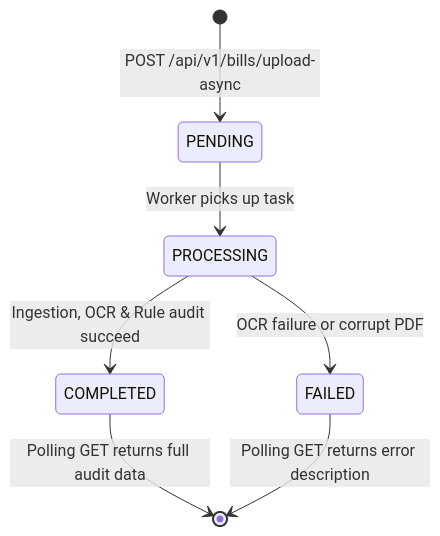
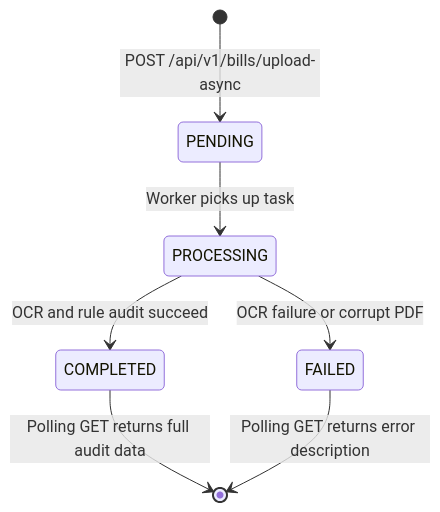
Before and after one commit to Harshil-18-byte/CuraVeris: the sixth of 6 diagrams in docs/ARCHITECTURE.md, drawn with Mermaid. The commit also changed other lines of this file, not shown here.

Commit message:
Rewrite ARCHITECTURE.md: stripped frontmatter, added feature definition table, math formulas, confidence threshold table, tamper detection explanation

````diff
--- a/docs/ARCHITECTURE.md
+++ b/docs/ARCHITECTURE.md
@@ -291,11 +314,10 @@
 ```mermaid
 stateDiagram-v2
-    [*] --> PENDING : POST /api/v1/bills/upload-async
-    PENDING --> PROCESSING : Worker picks up task
-    PROCESSING --> COMPLETED : Ingestion, OCR & Rule audit succeed
-    PROCESSING --> FAILED : OCR failure or corrupt PDF
+  [*] --> PENDING : POST /api/v1/bills/upload-async
+  PENDING --> PROCESSING : Worker picks up task
+  PROCESSING --> COMPLETED : OCR and rule audit succeed
+  PROCESSING --> FAILED : OCR failure or corrupt PDF
 
-    COMPLETED --> [*] : Polling GET returns full audit data
-    FAILED --> [*] : Polling GET returns error description
-
+  COMPLETED --> [*] : Polling GET returns full audit data
+  FAILED --> [*] : Polling GET returns error description
 ```
````
